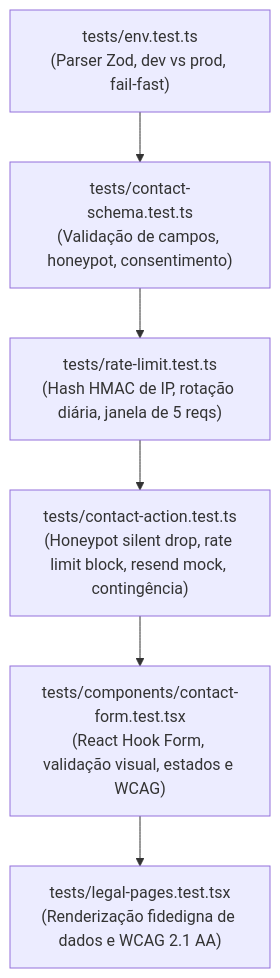
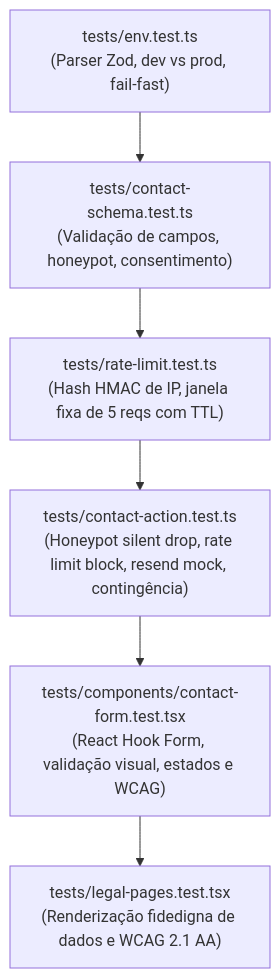
Before and after one commit to heviane/institutional-website-template: the second of 2 diagrams in specs/003-environment-and-contact-form/plan.md, drawn with Mermaid. The commit also changed other lines of this file and 4 other files, not shown here.

Commit message:
docs(spec): calibrate fixed window rate limiting with 1h relative ttl across specifications

````diff
--- a/specs/003-environment-and-contact-form/plan.md
+++ b/specs/003-environment-and-contact-form/plan.md
@@ -235,11 +243,11 @@
 ```mermaid
 flowchart TD
     T1["tests/env.test.ts<br/>(Parser Zod, dev vs prod, fail-fast)"]
     T2["tests/contact-schema.test.ts<br/>(Validação de campos, honeypot, consentimento)"]
-    T3["tests/rate-limit.test.ts<br/>(Hash HMAC de IP, rotação diária, janela de 5 reqs)"]
+    T3["tests/rate-limit.test.ts<br/>(Hash HMAC de IP, janela fixa de 5 reqs com TTL)"]
     T4["tests/contact-action.test.ts<br/>(Honeypot silent drop, rate limit block, resend mock, contingência)"]
     T5["tests/components/contact-form.test.tsx<br/>(React Hook Form, validação visual, estados e WCAG)"]
     T6["tests/legal-pages.test.tsx<br/>(Renderização fidedigna de dados e WCAG 2.1 AA)"]
 
     T1 --> T2 --> T3 --> T4 --> T5 --> T6
 ```
````
